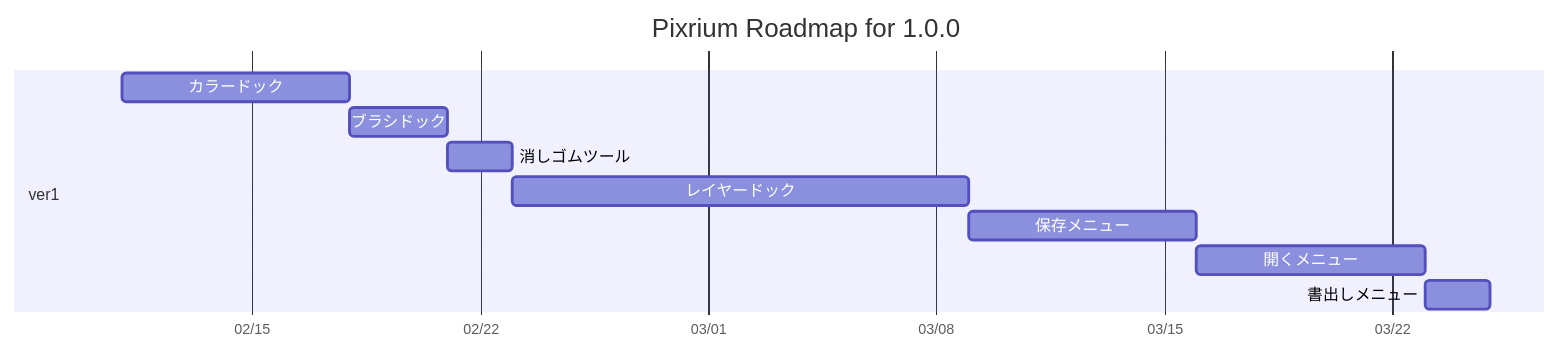
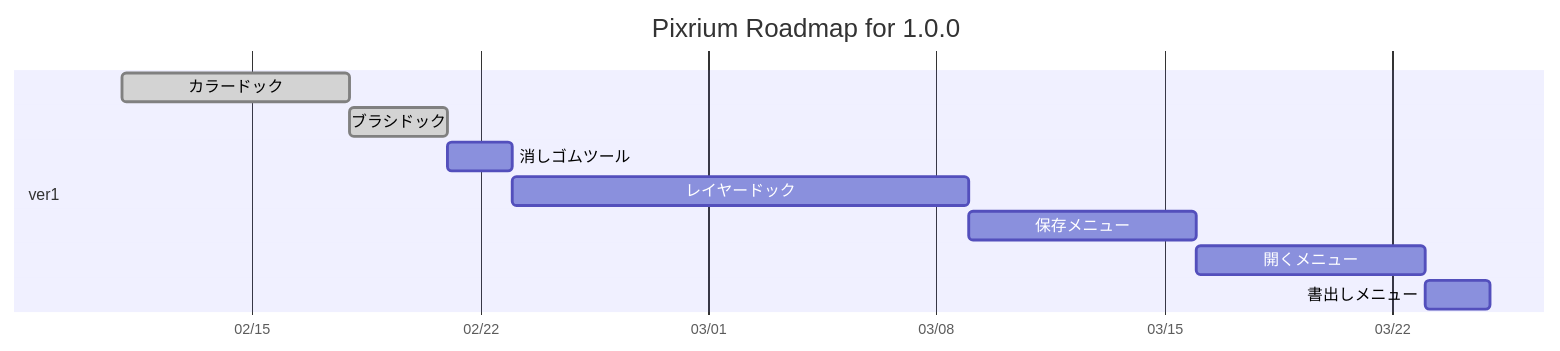
Before and after one commit to nak5655/pixrium: the diagram in doc/roadmap.md, drawn with Mermaid. The commit also changed 7 other files, not shown here.

````diff
--- a/doc/roadmap.md
+++ b/doc/roadmap.md
@@ -1,15 +1,15 @@
 ```mermaid
 gantt
     title Pixrium Roadmap for 1.0.0
     dateFormat YYYY-MM-DD
     axisFormat %m/%d
 
     section ver1
-        カラードック: v1a, 2026-02-11, 7d
-        ブラシドック: v1g, after v1a, 3d
+        カラードック: done, v1a, 2026-02-11, 7d
+        ブラシドック: done, v1g, after v1a, 3d
         消しゴムツール: v1c, after v1g, 2d
         レイヤードック: v1b, after v1c, 14d
         保存メニュー: v1d, after v1b, 7d
         開くメニュー: v1e, after v1d, 7d
         書出しメニュー: v1f, after v1e, 2d
 ```
````
